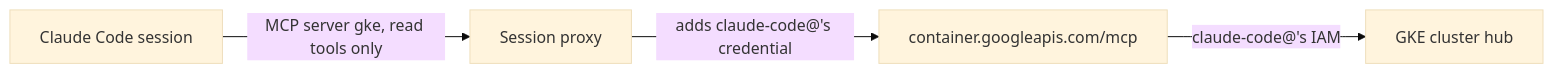
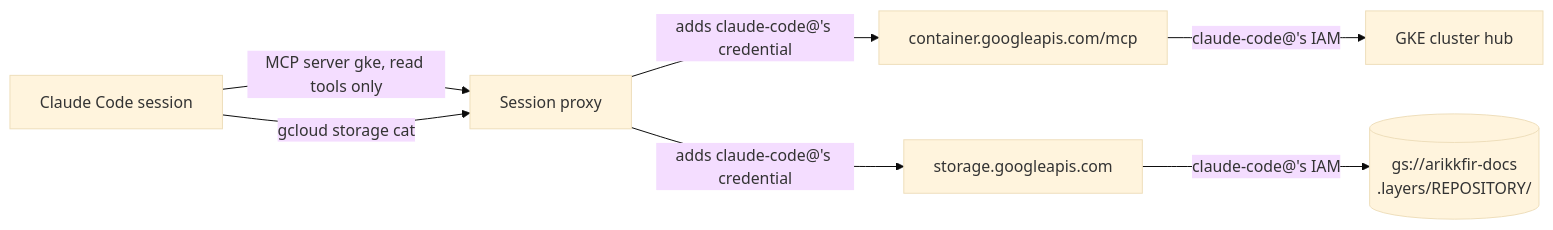
One commit to arikkfir-org/docs changed the diagram in hub/designs/claude-code-cluster-access.md. Above: the diagram before and after it, drawn with Mermaid (base theme). The commit also changed other lines of this file and 2 other files, not shown here.

First line of the commit message:
docs(reference): let Claude Code sessions read the docs bucket

````diff
--- a/hub/designs/claude-code-cluster-access.md
+++ b/hub/designs/claude-code-cluster-access.md
@@ -13,6 +15,9 @@
 ```mermaid
 flowchart LR
   S[Claude Code session] -->|"MCP server gke, read tools only"| P[Session proxy]
+  S -->|"gcloud storage cat"| P
   P -->|"adds claude-code@'s credential"| M["container.googleapis.com/mcp"]
+  P -->|"adds claude-code@'s credential"| G["storage.googleapis.com"]
   M -->|"claude-code@'s IAM"| K[GKE cluster hub]
+  G -->|"claude-code@'s IAM"| B[("gs://arikkfir-docs<br/>.layers/REPOSITORY/")]
 ```
````
